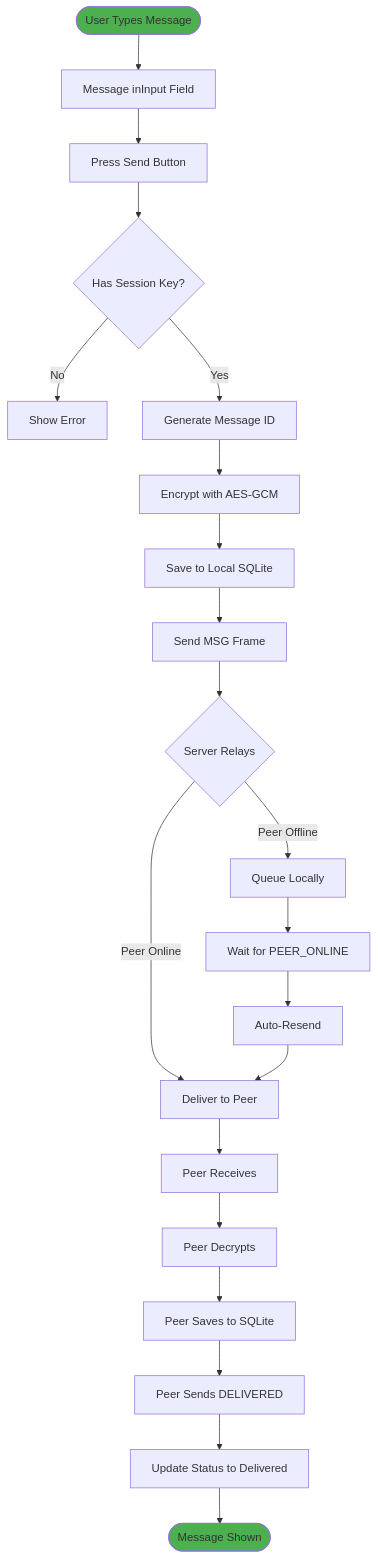
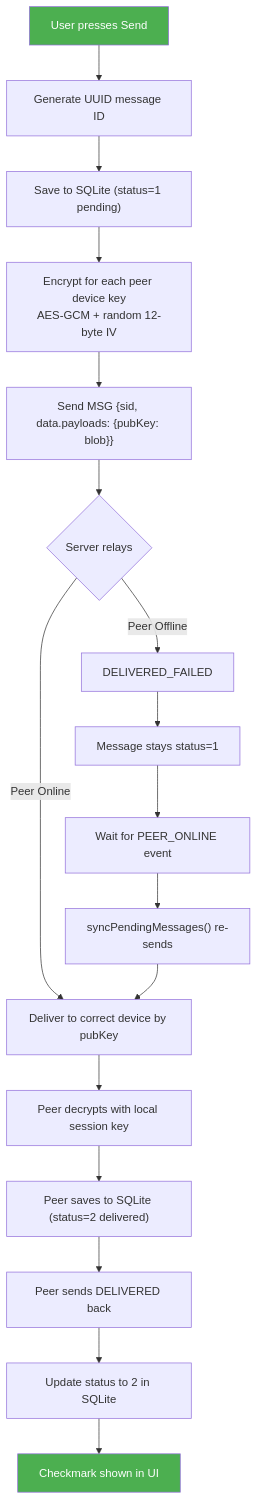
One commit to TheYogMehta/CryptNode changed the fifth of 10 diagrams in docs/USER_FLOWS.md. Above: the diagram before and after it, drawn with Mermaid. The commit also changed other lines of this file and 11 other files, not shown here.

````diff
--- a/docs/USER_FLOWS.md
+++ b/docs/USER_FLOWS.md
@@ -141,32 +214,26 @@
 ```mermaid
 flowchart TD
-    START([User Types Message]) --> INPUT[Message inInput Field]
-    INPUT --> PRESS[Press Send Button]
-    PRESS --> CHECK{Has Session Key?}
+    SEND[User presses Send] --> GENID[Generate UUID message ID]
+    GENID --> SAVE["Save to SQLite (status=1 pending)"]
+    SAVE --> ENCRYPT["Encrypt for each peer device key\nAES-GCM + random 12-byte IV"]
+    ENCRYPT --> TRANSMIT["Send MSG {sid, data.payloads: {pubKey: blob}}"]
 
-    CHECK -->|No| ERROR[Show Error]
-    CHECK -->|Yes| MSGID[Generate Message ID]
+    TRANSMIT --> RELAY{Server relays}
+    RELAY -->|Peer Online| DELIVER["Deliver to correct device by pubKey"]
+    RELAY -->|Peer Offline| DFAILED[DELIVERED_FAILED]
 
-    MSGID --> ENCRYPT[Encrypt with AES-GCM]
-    ENCRYPT --> SAVE[Save to Local SQLite]
-    SAVE --> SEND[Send MSG Frame]
+    DELIVER --> PDECRYPT[Peer decrypts with local session key]
+    PDECRYPT --> PSAVE["Peer saves to SQLite (status=2 delivered)"]
+    PSAVE --> ACK["Peer sends DELIVERED back"]
 
-    SEND --> SRVRELAY{Server Relays}
-    SRVRELAY -->|Peer Online| DELIVER[Deliver to Peer]
-    SRVRELAY -->|Peer Offline| QUEUE[Queue Locally]
+    ACK --> UPDATE["Update status to 2 in SQLite"]
+    UPDATE --> UI[Checkmark shown in UI]
 
-    DELIVER --> PEER[Peer Receives]
-    PEER --> DECRYPT[Peer Decrypts]
-    DECRYPT --> PEERSAVE[Peer Saves to SQLite]
-    PEERSAVE --> ACK[Peer Sends DELIVERED]
+    DFAILED --> QUEUE["Message stays status=1"]
+    QUEUE --> WAIT[Wait for PEER_ONLINE event]
+    WAIT --> RETRY["syncPendingMessages() re-sends"]
+    RETRY --> DELIVER
 
-    ACK --> UPDATE[Update Status to Delivered]
-    UPDATE --> END([Message Shown])
-
-    QUEUE --> WAIT[Wait for PEER_ONLINE]
-    WAIT --> RESEND[Auto-Resend]
-    RESEND --> DELIVER
-
-    style START fill:#4CAF50
-    style END fill:#4CAF50
+    style SEND fill:#4CAF50,color:#fff
+    style UI fill:#4CAF50,color:#fff
 ```
````
